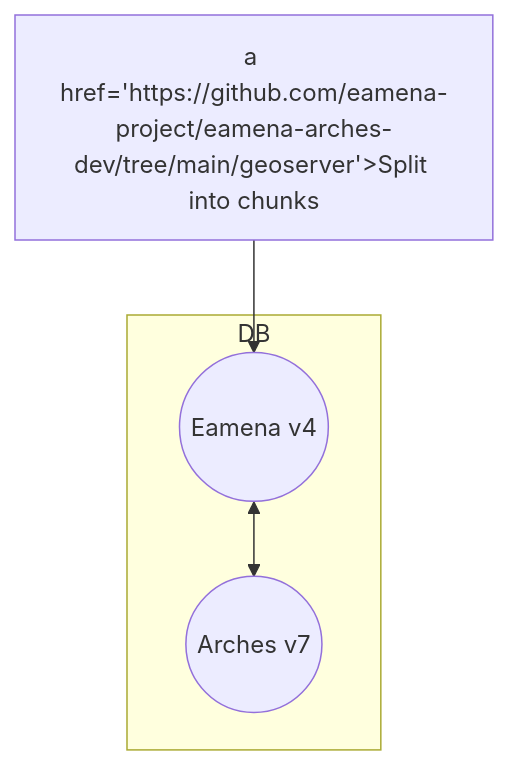
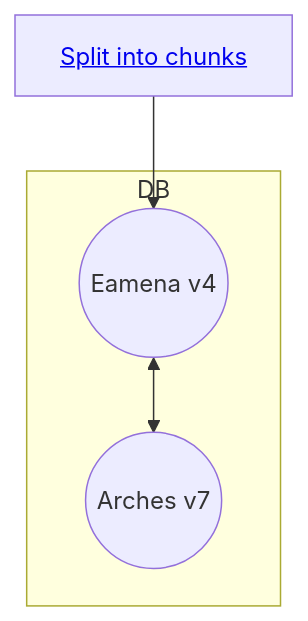
The first of 2 diagrams in training/README.md (eamena-project/eamena-arches-dev), drawn with Mermaid before and after one commit.

Commit message:
by theme

````diff
--- a/training/README.md
+++ b/training/README.md
@@ -10,7 +10,7 @@
 ```mermaid
 flowchart
   subgraph DB
   id1((Eamena v4))<-->id2((Arches v7));
   end
-  id3[a href='https://github.com/eamena-project/eamena-arches-dev/tree/main/geoserver'>Split into chunks</a>]-->id1;
+  id3[<a href='https://github.com/eamena-project/eamena-arches-dev/tree/main/geoserver'>Split into chunks</a>]-->id1;
 ```
````
